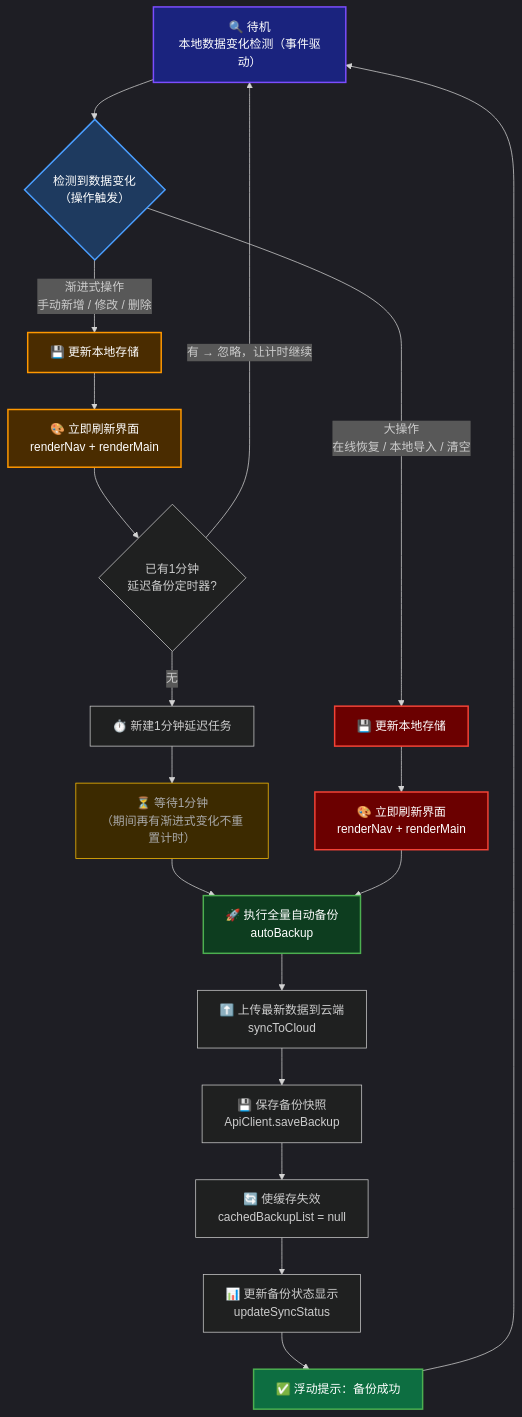
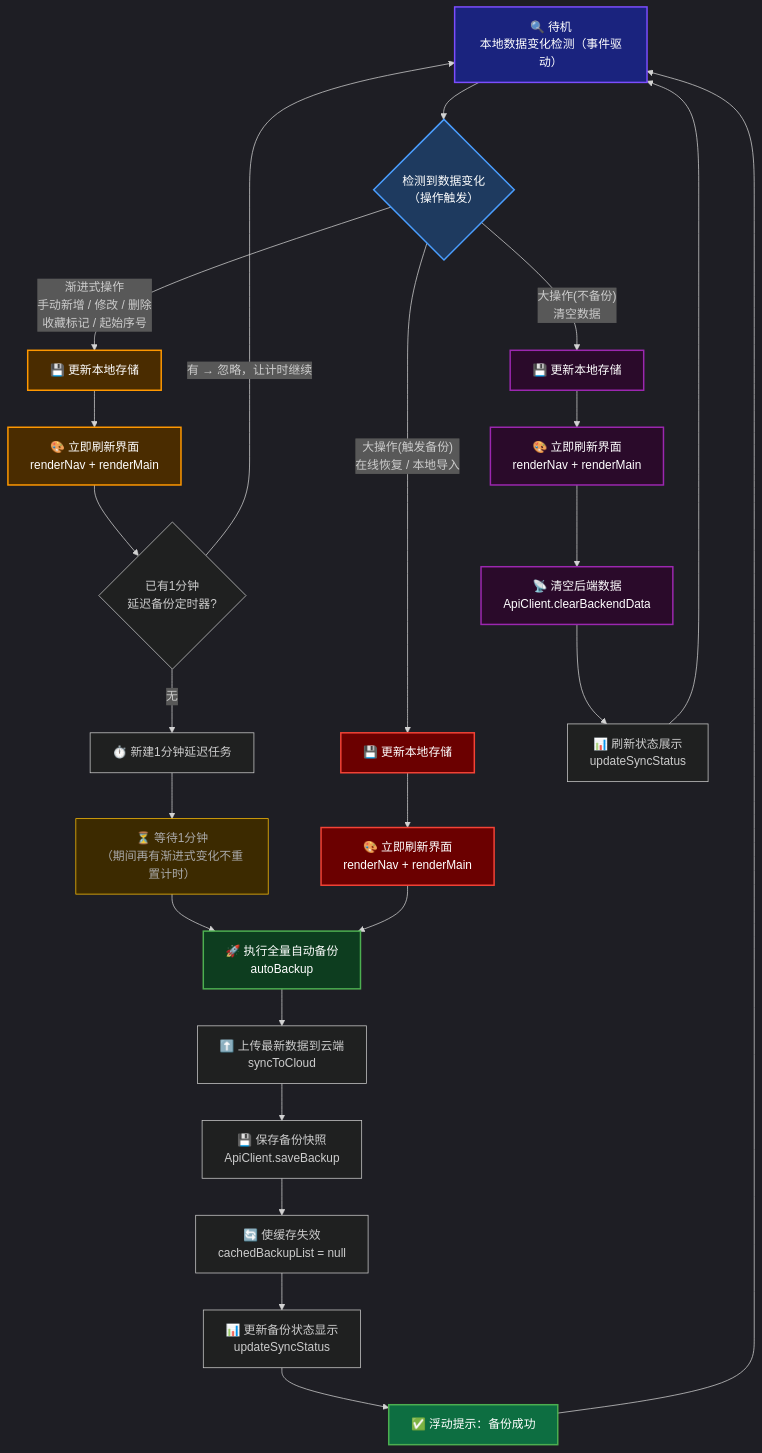
Before and after one commit to Fuck996/yanyu_tools: the third of 4 diagrams in doc/FLOWCHART_DIAGRAMS.md, drawn with Mermaid. The commit also changed other lines of this file and 3 other files, not shown here.

````diff
--- a/doc/FLOWCHART_DIAGRAMS.md
+++ b/doc/FLOWCHART_DIAGRAMS.md
@@ -129,38 +129,47 @@
 ```mermaid
 %%{init: {'theme':'dark'}}%%
 graph TD
     IDLE["🔍 待机<br/>本地数据变化检测（事件驱动）"]
 
     IDLE --> OP{"检测到数据变化<br/>（操作触发）"}
 
-    OP -->|"渐进式操作<br/>手动新增 / 修改 / 删除"| P_LOCAL["💾 更新本地存储"]
-    OP -->|"大操作<br/>在线恢复 / 本地导入 / 清空"| R_LOCAL["💾 更新本地存储"]
+    OP -->|"渐进式操作<br/>手动新增 / 修改 / 删除<br/>收藏标记 / 起始序号"| P_LOCAL["💾 更新本地存储"]
+    OP -->|"大操作(触发备份)<br/>在线恢复 / 本地导入"| R_LOCAL["💾 更新本地存储"]
+    OP -->|"大操作(不备份)<br/>清空数据"| C_LOCAL["💾 更新本地存储"]
 
     P_LOCAL --> P_UI["🎨 立即刷新界面<br/>renderNav + renderMain"]
     R_LOCAL --> R_UI["🎨 立即刷新界面<br/>renderNav + renderMain"]
+    C_LOCAL --> C_UI["🎨 立即刷新界面<br/>renderNav + renderMain"]
 
     P_UI --> TIMER{"已有1分钟<br/>延迟备份定时器?"}
     TIMER -->|"有 → 忽略，让计时继续"| IDLE
     TIMER -->|"无"| SET["⏱️ 新建1分钟延迟任务"]
     SET --> WAIT["⏳ 等待1分钟<br/>（期间再有渐进式变化不重置计时）"]
     WAIT --> BACKUP
 
     R_UI --> BACKUP["🚀 执行全量自动备份<br/>autoBackup"]
+
+    C_UI --> CLEAR_BACKEND["📡 清空后端数据<br/>ApiClient.clearBackendData"]
+    CLEAR_BACKEND --> CLEAR_STATUS["📊 刷新状态展示<br/>updateSyncStatus"]
+    CLEAR_STATUS --> IDLE
 
     BACKUP --> SYNC["⬆️ 上传最新数据到云端<br/>syncToCloud"]
     SYNC --> SAVE_BK["💾 保存备份快照<br/>ApiClient.saveBackup"]
     SAVE_BK --> INVAL["🔄 使缓存失效<br/>cachedBackupList = null"]
     INVAL --> STATUS["📊 更新备份状态显示<br/>updateSyncStatus"]
     STATUS --> NOTIFY["✅ 浮动提示：备份成功"]
     NOTIFY --> IDLE
 
     style IDLE fill:#1a237e,stroke:#7c4dff,stroke-width:2px,color:#fff
     style OP fill:#1e3a5f,stroke:#4a9eff,stroke-width:2px,color:#fff
     style P_LOCAL fill:#4a2c00,stroke:#ff9800,stroke-width:2px,color:#fff
     style R_LOCAL fill:#6b0000,stroke:#f44336,stroke-width:2px,color:#fff
+    style C_LOCAL fill:#2a0a2a,stroke:#9c27b0,stroke-width:2px,color:#fff
     style P_UI fill:#4a2c00,stroke:#ff9800,stroke-width:2px,color:#fff
     style R_UI fill:#6b0000,stroke:#f44336,stroke-width:2px,color:#fff
+    style C_UI fill:#2a0a2a,stroke:#9c27b0,stroke-width:2px,color:#fff
     style WAIT fill:#3c2a00,stroke:#ffc107,stroke-width:1px,color:#aaa
     style BACKUP fill:#0d3d1f,stroke:#4caf50,stroke-width:2px,color:#fff
+    style CLEAR_BACKEND fill:#2a0a2a,stroke:#9c27b0,stroke-width:2px,color:#fff
     style NOTIFY fill:#0d6e41,stroke:#4caf50,stroke-width:2px,color:#fff
 ```
````
